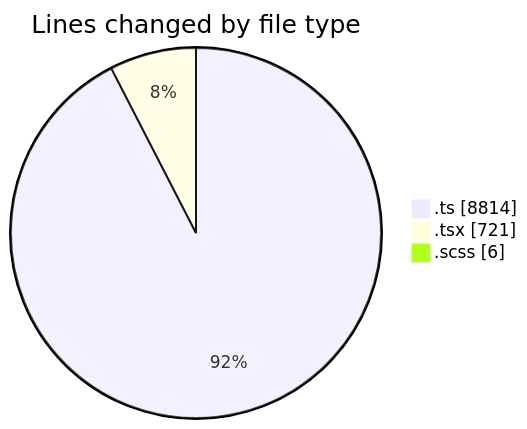
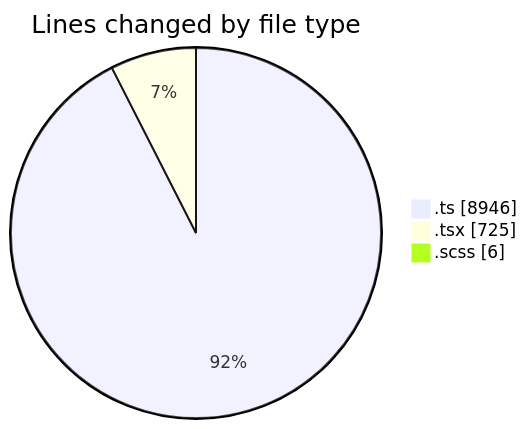
One commit to momahboobian/code-tracking changed the first of 2 diagrams in 2026-03-17/cda/README.md. Above: the diagram before and after it, drawn with Mermaid. The commit also changed other lines of this file and 1 other file, not shown here.

````diff
--- a/2026-03-17/cda/README.md
+++ b/2026-03-17/cda/README.md
@@ -26,7 +26,7 @@
 ```mermaid
 pie showData
 title Lines changed by file type
-".ts" : 8814
-".tsx" : 721
+".ts" : 8946
+".tsx" : 725
 ".scss" : 6
 ```
````
